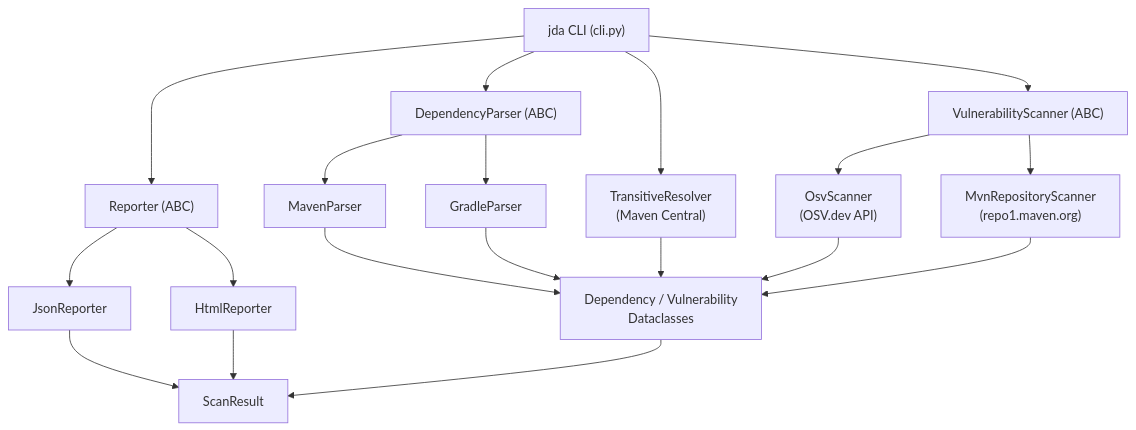
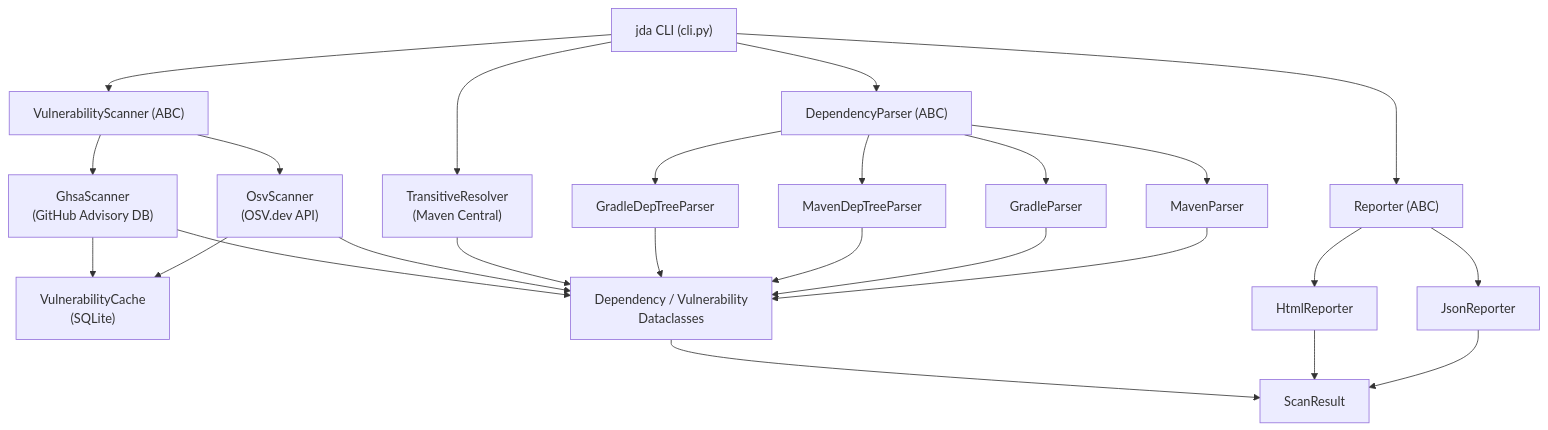
One commit to rcw3bb/java-dependency-analyzer changed the diagram in README.md. Above: the diagram before and after it, drawn with Mermaid. The commit also changed other lines of this file and 32 other files, not shown here.

First line of the commit message:
Add tests for Maven dependency tree parser and GHSA scanner

````diff
--- a/README.md
+++ b/README.md
@@ -59,21 +101,27 @@
 ```mermaid
 graph TD
     CLI["jda CLI (cli.py)"] --> Parser["DependencyParser (ABC)"]
     Parser --> MavenParser
     Parser --> GradleParser
+    Parser --> MavenDepTreeParser
+    Parser --> GradleDepTreeParser
     CLI --> Resolver["TransitiveResolver<br/>(Maven Central)"]
     CLI --> Scanner["VulnerabilityScanner (ABC)"]
     Scanner --> OsvScanner["OsvScanner<br/>(OSV.dev API)"]
-    Scanner --> MvnRepo["MvnRepositoryScanner<br/>(repo1.maven.org)"]
+    Scanner --> GhsaScanner["GhsaScanner<br/>(GitHub Advisory DB)"]
+    OsvScanner --> Cache["VulnerabilityCache<br/>(SQLite)"]
+    GhsaScanner --> Cache
     CLI --> Reporter["Reporter (ABC)"]
     Reporter --> JsonReporter
     Reporter --> HtmlReporter
     MavenParser --> Dependency["Dependency / Vulnerability<br/>Dataclasses"]
     GradleParser --> Dependency
+    MavenDepTreeParser --> Dependency
+    GradleDepTreeParser --> Dependency
     Resolver --> Dependency
     OsvScanner --> Dependency
-    MvnRepo --> Dependency
+    GhsaScanner --> Dependency
     JsonReporter --> ScanResult["ScanResult"]
     HtmlReporter --> ScanResult
     Dependency --> ScanResult
 ```
````
